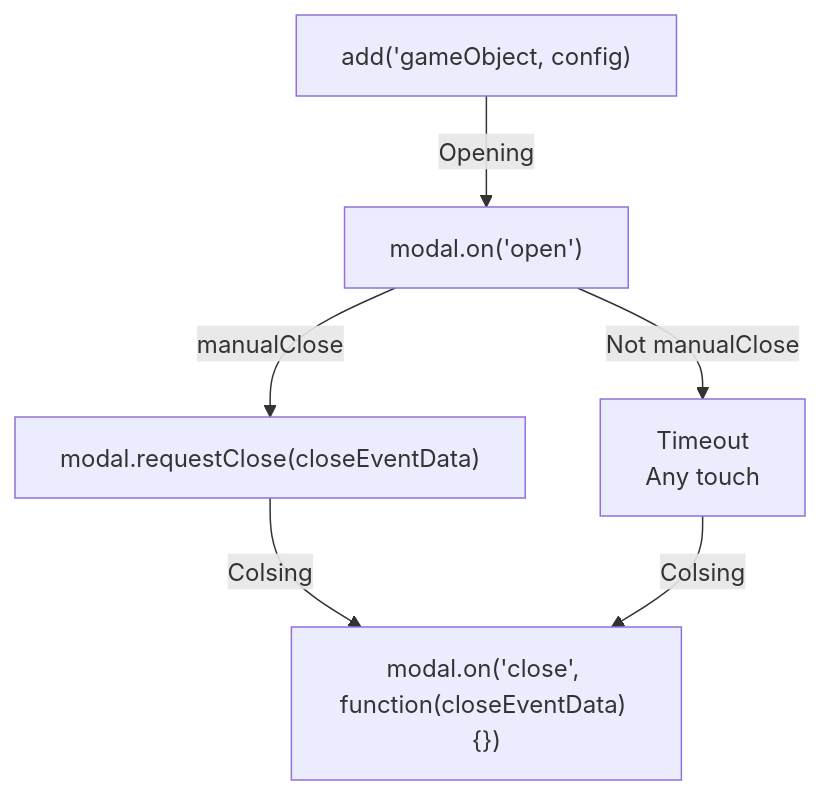
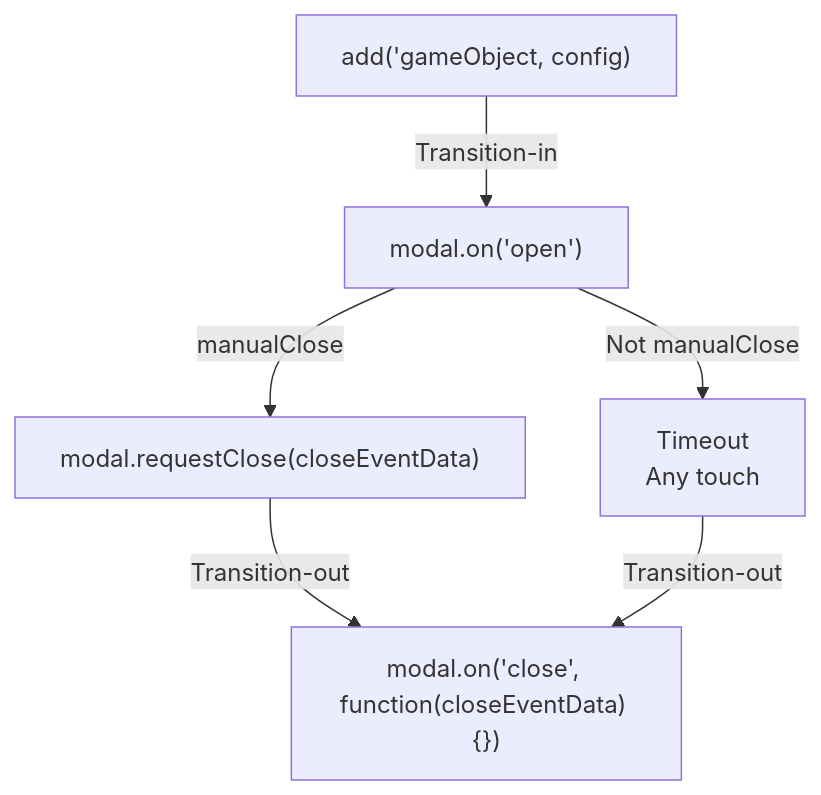
One commit to rexrainbow/phaser3-rex-notes changed the diagram in docs/docs/modal.md. Above: the diagram before and after it, drawn with Mermaid. The commit also changed 5 other files, not shown here.

Commit message:
Update graph

````diff
--- a/docs/docs/modal.md
+++ b/docs/docs/modal.md
@@ -117,15 +117,15 @@
 ```mermaid
 graph TB
 
 Modal["add('gameObject, config)"]
 OnOpen["modal.on('open')"]
 RequestCloseEvent["modal.requestClose(closeEventData)"]
 TimeOut["Timeout<br>Any touch"]
 OnClose["modal.on('close', function(closeEventData) {})"]
 
-Modal --> |Opening| OnOpen
+Modal --> |Transition-in| OnOpen
 OnOpen --> |manualClose| RequestCloseEvent
 OnOpen --> |Not manualClose| TimeOut
-RequestCloseEvent --> |Colsing| OnClose
-TimeOut --> |Colsing| OnClose
+RequestCloseEvent --> |Transition-out| OnClose
+TimeOut --> |Transition-out| OnClose
 ```
````
